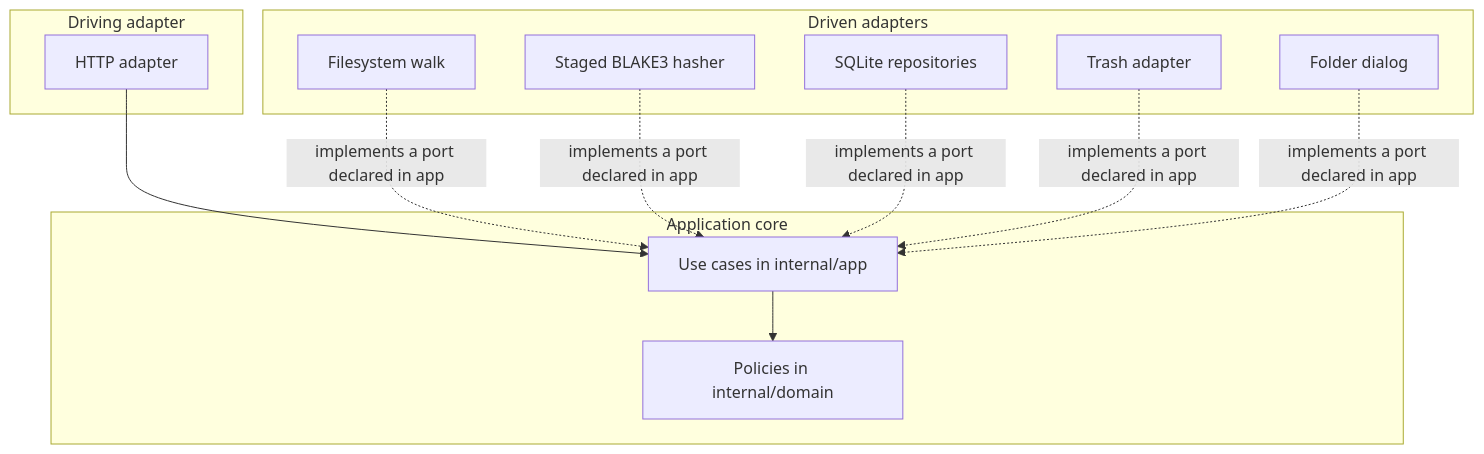
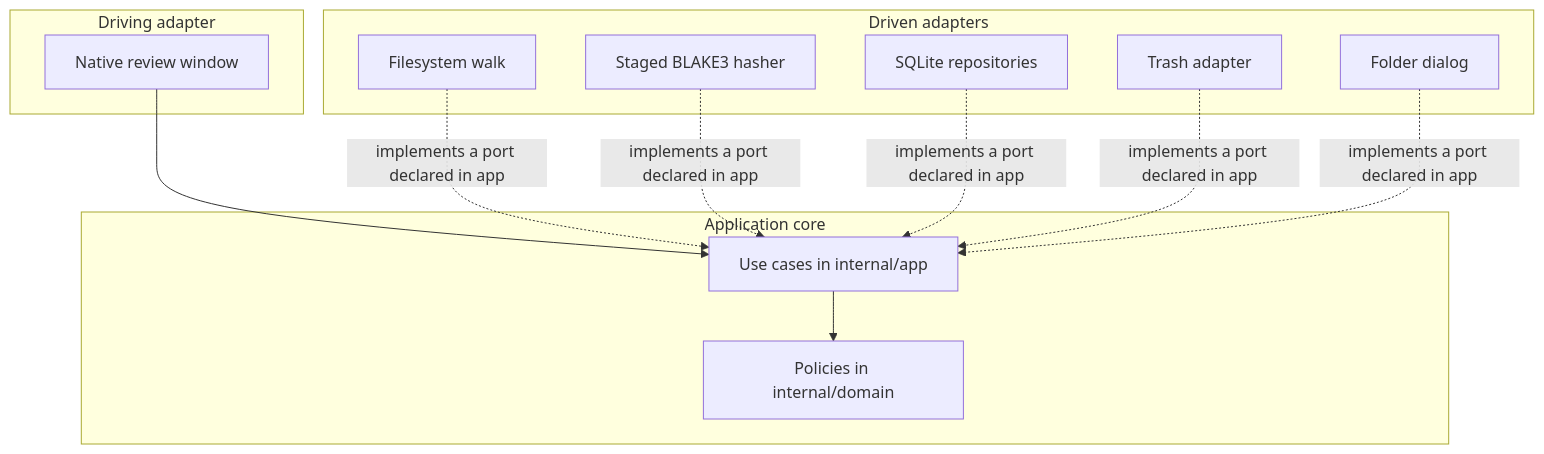
One commit to cionz0/hdsort changed the third of 8 diagrams in docs/architecture.md. Above: the diagram before and after it, drawn with Mermaid. The commit also changed other lines of this file and 27 other files, not shown here.

Commit message:
Open a native review window so a scan can show its progress.

````diff
--- a/docs/architecture.md
+++ b/docs/architecture.md
@@ -45,24 +45,24 @@
 ```mermaid
 flowchart TB
   subgraph driving [Driving adapter]
-    http[HTTP adapter]
+    window[Native review window]
   end
   subgraph core [Application core]
     app[Use cases in internal/app]
     domain[Policies in internal/domain]
   end
   subgraph driven [Driven adapters]
     walk[Filesystem walk]
     hasher[Staged BLAKE3 hasher]
     repo[SQLite repositories]
     trasher[Trash adapter]
     picker[Folder dialog]
   end
-  http --> app
+  window --> app
   app --> domain
   walk -.->|implements a port declared in app| app
   hasher -.->|implements a port declared in app| app
   repo -.->|implements a port declared in app| app
   trasher -.->|implements a port declared in app| app
   picker -.->|implements a port declared in app| app
 ```
````
